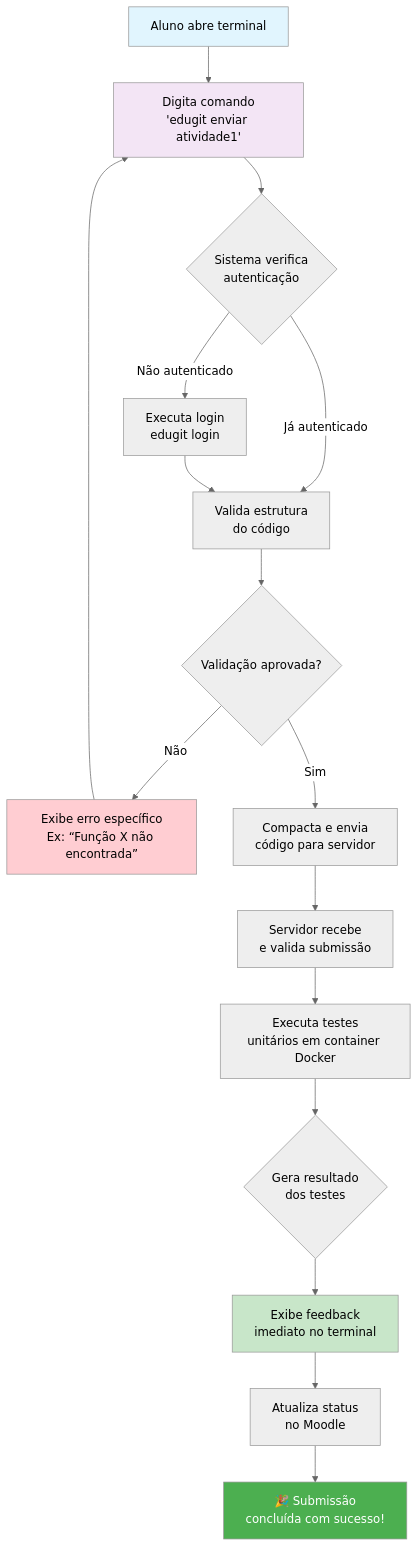
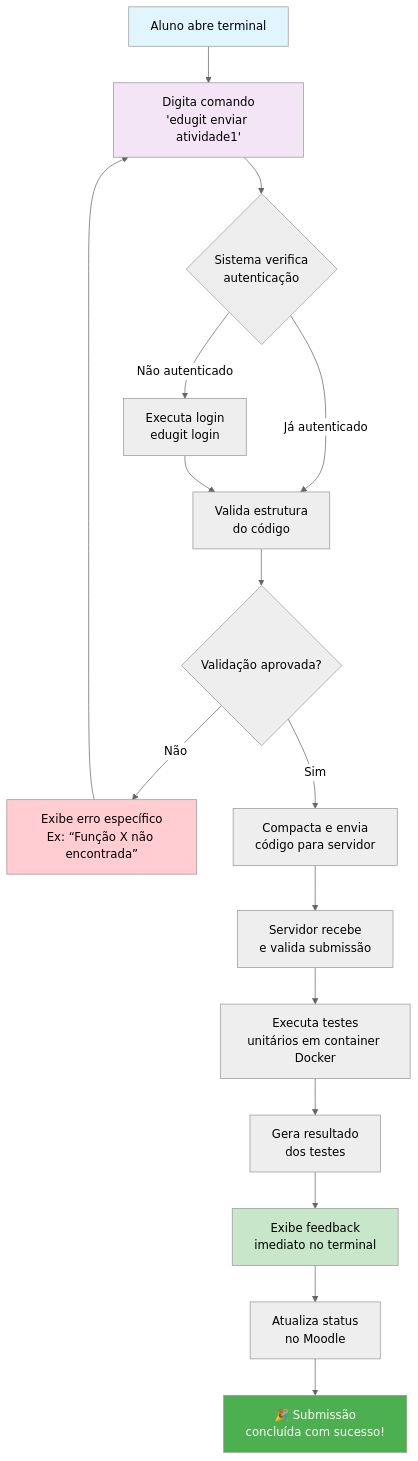
Before and after one commit to Dandastico/CloneGit_Python: the second of 4 diagrams in documentacao/plano_de_projeto.md, drawn with Mermaid (neutral theme). The commit also changed other lines of this file, not shown here.

````diff
--- a/documentacao/plano_de_projeto.md
+++ b/documentacao/plano_de_projeto.md
@@ -341,32 +341,32 @@
 ```mermaid
 flowchart TD
   A[Aluno abre terminal] --> B[Digita comando<br>'edugit enviar atividade1']
     
   B --> C{Sistema verifica<br>autenticação}
   C -->|Não autenticado| D[Executa login<br>edugit login]
   C -->|Já autenticado| E[Valida estrutura<br>do código]
     
   D --> E
     
   E --> F{Validação aprovada?}
   F -->|Não| G[Exibe erro específico<br>Ex: “Função X não encontrada”]
   F -->|Sim| H[Compacta e envia<br>código para servidor]
     
   G --> B
     
   H --> I[Servidor recebe<br>e valida submissão]
   I --> J[Executa testes<br>unitários em container Docker]
     
-  J --> K{Gera resultado<br>dos testes}
+  J --> K[Gera resultado<br>dos testes]
   K --> L[Exibe feedback<br>imediato no terminal]
     
   L --> M[Atualiza status<br>no Moodle]
   M --> N[🎉 Submissão<br>concluída com sucesso!]
     
   %% Estilização
   style A fill:#e1f5fe
   style B fill:#f3e5f5
   style L fill:#c8e6c9
   style N fill:#4caf50,color:white
   style G fill:#ffcdd2
 ```
````
